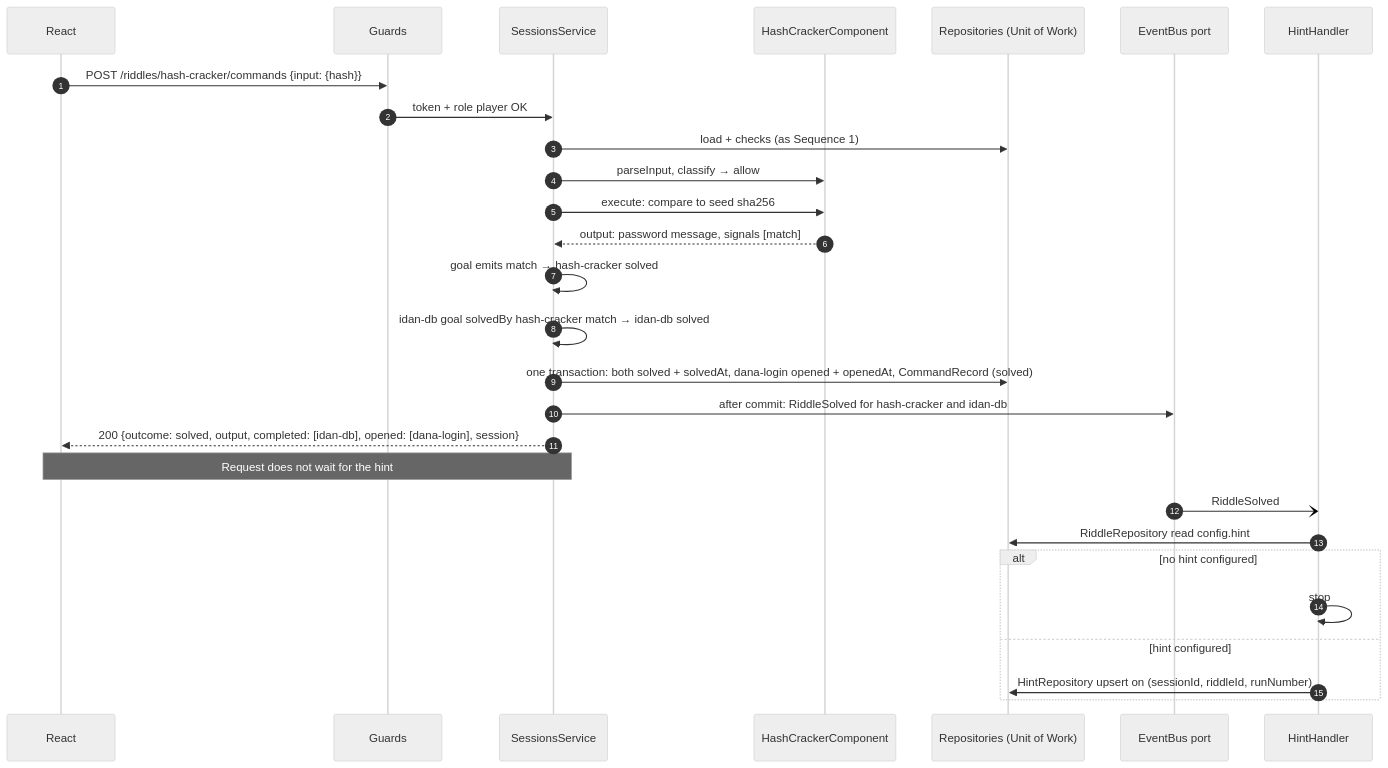
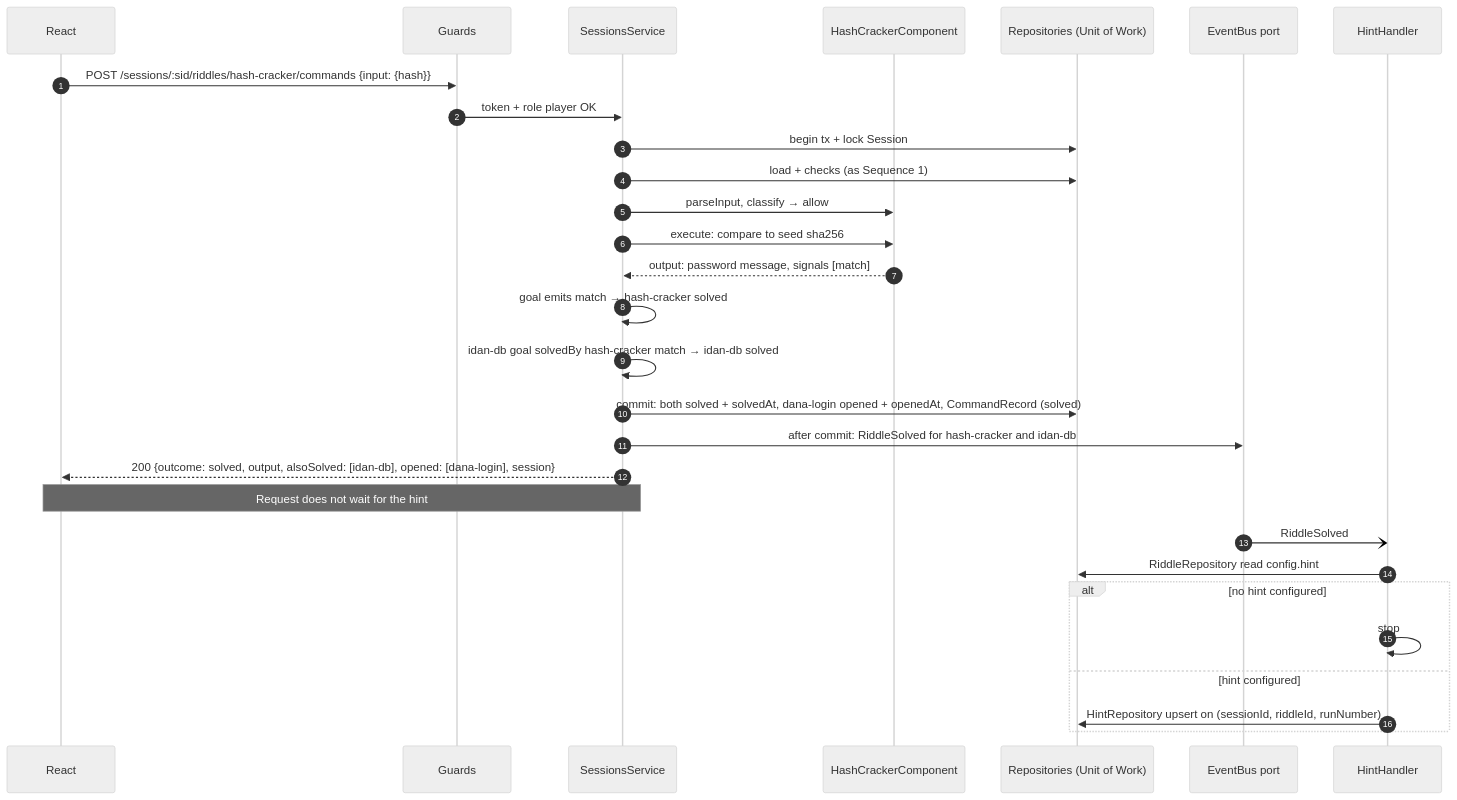
The eighth of 9 diagrams in DESIGN.md (edenbuky/escapeRoom), drawn with Mermaid (neutral theme) before and after one commit. The commit also changed other lines of this file, not shown here.

First line of the commit message:
Specify the command pipeline, outcomes, and session lifecycle.

````diff
--- a/DESIGN.md
+++ b/DESIGN.md
@@ -728,31 +775,32 @@
 ```mermaid
 sequenceDiagram
   autonumber
   participant UI as React
   participant Auth as Guards
   participant Svc as SessionsService
   participant Cr as HashCrackerComponent
   participant Repo as Repositories (Unit of Work)
   participant Bus as EventBus port
   participant H as HintHandler
 
-  UI->>Auth: POST /riddles/hash-cracker/commands {input: {hash}}
+  UI->>Auth: POST /sessions/:sid/riddles/hash-cracker/commands {input: {hash}}
   Auth->>Svc: token + role player OK
+  Svc->>Repo: begin tx + lock Session
   Svc->>Repo: load + checks (as Sequence 1)
   Svc->>Cr: parseInput, classify → allow
   Svc->>Cr: execute: compare to seed sha256
   Cr-->>Svc: output: password message, signals [match]
   Svc->>Svc: goal emits match → hash-cracker solved
   Svc->>Svc: idan-db goal solvedBy hash-cracker match → idan-db solved
-  Svc->>Repo: one transaction: both solved + solvedAt, dana-login opened + openedAt, CommandRecord (solved)
+  Svc->>Repo: commit: both solved + solvedAt, dana-login opened + openedAt, CommandRecord (solved)
   Svc->>Bus: after commit: RiddleSolved for hash-cracker and idan-db
-  Svc-->>UI: 200 {outcome: solved, output, completed: [idan-db], opened: [dana-login], session}
+  Svc-->>UI: 200 {outcome: solved, output, alsoSolved: [idan-db], opened: [dana-login], session}
   Note over UI,Svc: Request does not wait for the hint
   Bus-)H: RiddleSolved
   H->>Repo: RiddleRepository read config.hint
   alt no hint configured
     H->>H: stop
   else hint configured
     H->>Repo: HintRepository upsert on (sessionId, riddleId, runNumber)
   end
 ```
````
